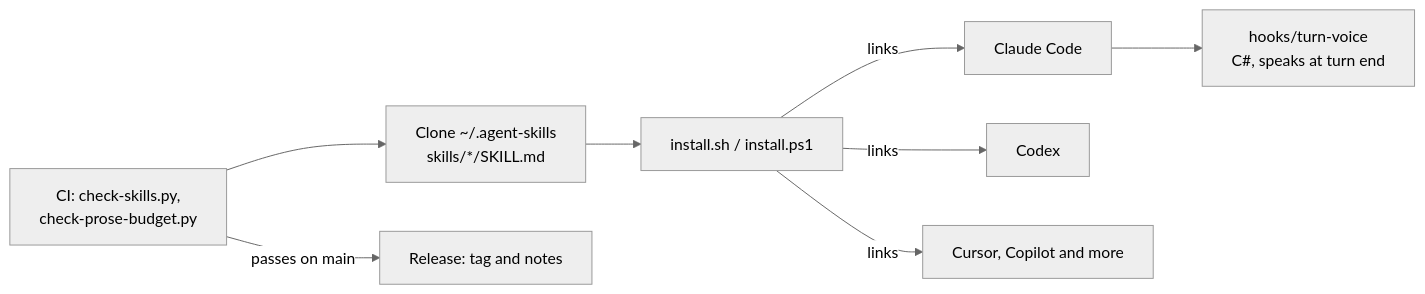
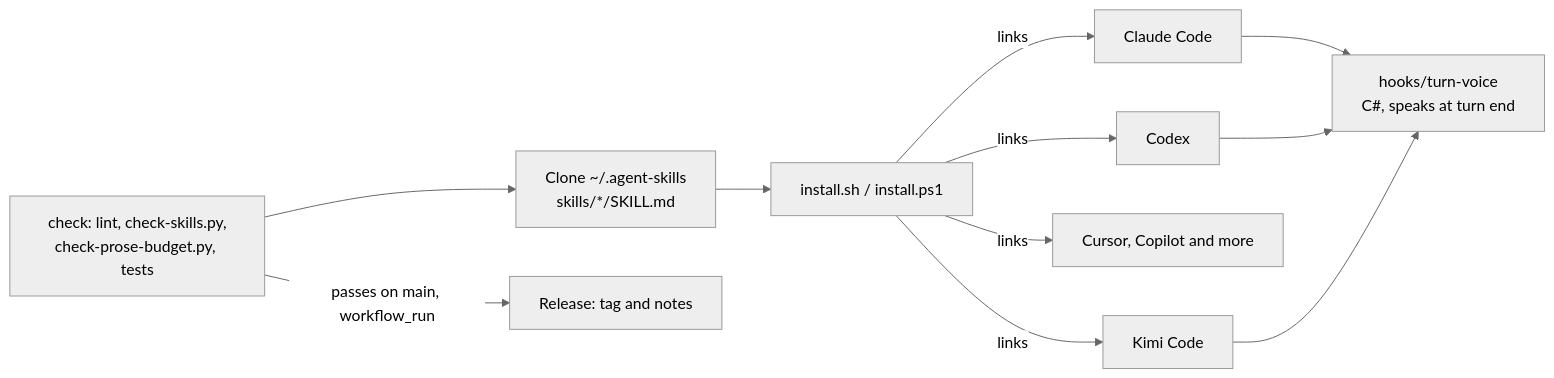
One commit to workbench-soft/agent-skills changed the diagram in docs/architecture.md. Above: the diagram before and after it, drawn with Mermaid (neutral theme). The commit also changed other lines of this file and 7 other files, not shown here.

````diff
--- a/docs/architecture.md
+++ b/docs/architecture.md
@@ -5,10 +5,13 @@
 ```mermaid
 flowchart LR
   repo["Clone ~/.agent-skills<br/>skills/*/SKILL.md"] --> install["install.sh / install.ps1"]
   install -->|links| claude["Claude Code"]
   install -->|links| codex["Codex"]
   install -->|links| other["Cursor, Copilot and more"]
+  install -->|links| kimi["Kimi Code"]
   claude --> hook["hooks/turn-voice<br/>C#, speaks at turn end"]
-  ci["CI: check-skills.py,<br/>check-prose-budget.py"] --> repo
-  ci -->|passes on main| release["Release: tag and notes"]
+  codex --> hook
+  kimi --> hook
+  ci["check: lint, check-skills.py,<br/>check-prose-budget.py, tests"] --> repo
+  ci -->|passes on main, workflow_run| release["Release: tag and notes"]
 ```
````
